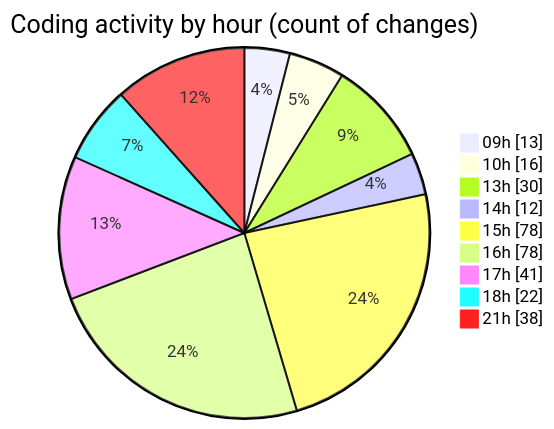
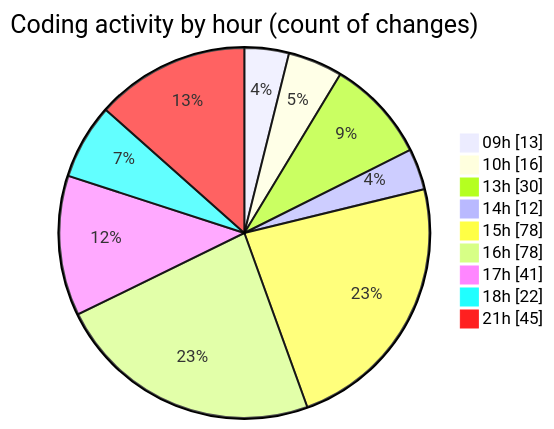
One commit to momahboobian/code-tracking changed the second of 2 diagrams in 2025-03-31/cda/README.md. Above: the diagram before and after it, drawn with Mermaid. The commit also changed other lines of this file and 1 other file, not shown here.

````diff
--- a/2025-03-31/cda/README.md
+++ b/2025-03-31/cda/README.md
@@ -50,13 +50,13 @@
 ```mermaid
 pie showData
 title Coding activity by hour (count of changes)
 "09h" : 13
 "10h" : 16
 "13h" : 30
 "14h" : 12
 "15h" : 78
 "16h" : 78
 "17h" : 41
 "18h" : 22
-"21h" : 38
+"21h" : 45
 ```
````
